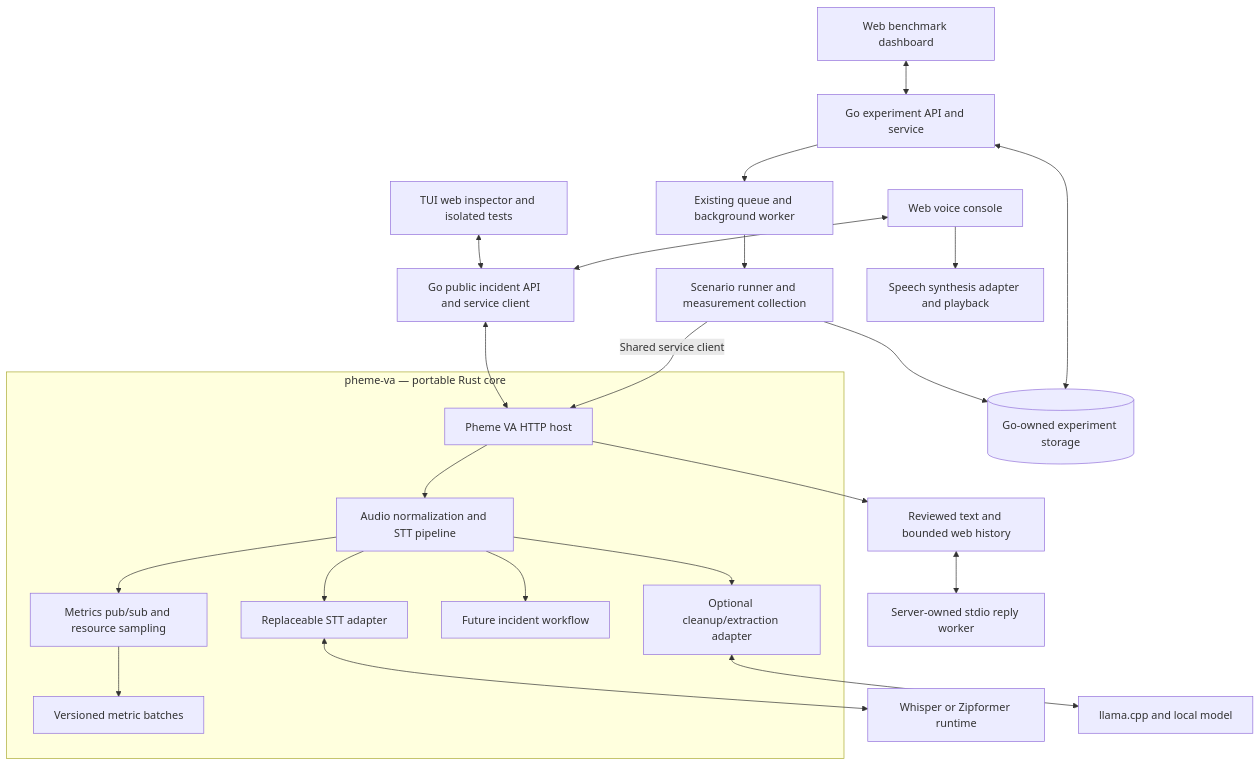
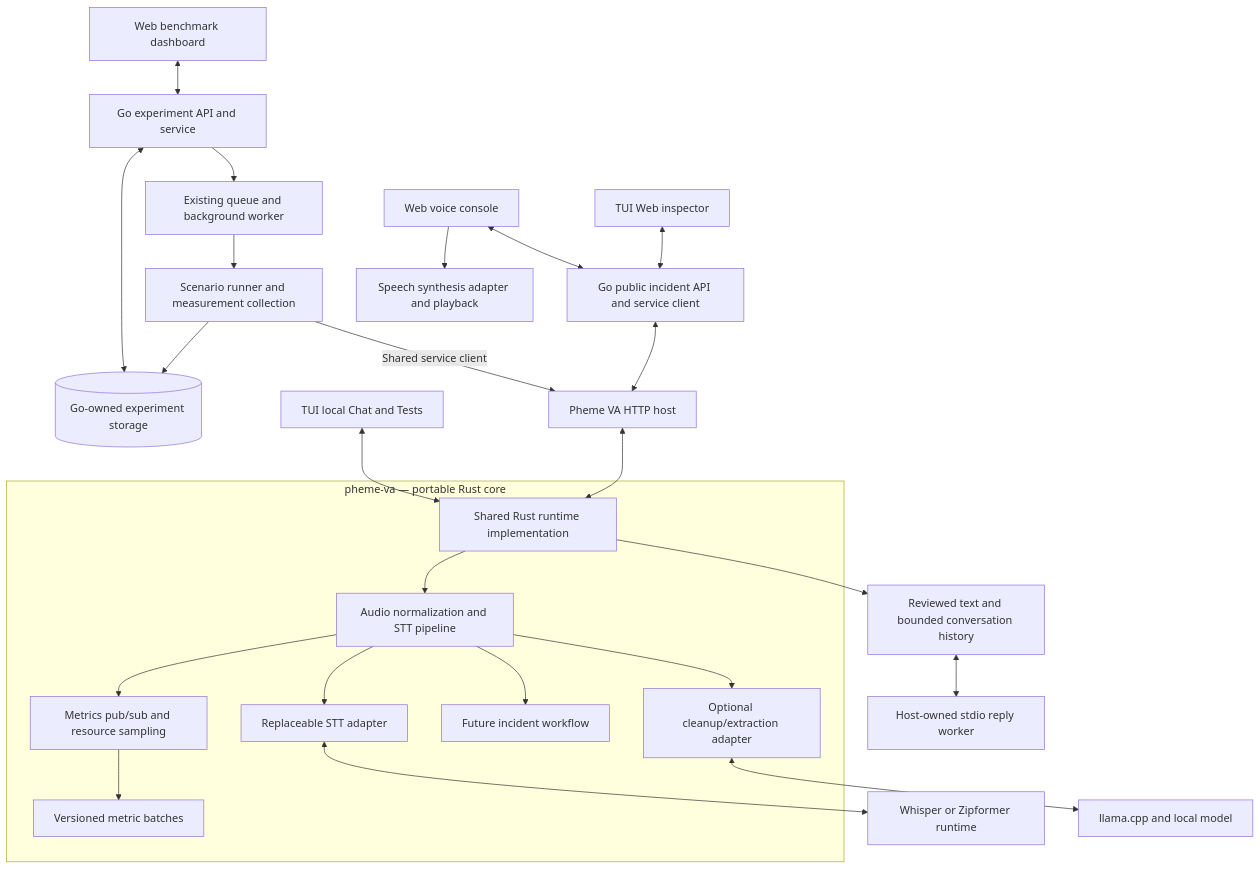
One commit to CharlieQuirkFYP/agentic-lab changed the first of 2 diagrams in docs/architecture.md. Above: the diagram before and after it, drawn with Mermaid. The commit also changed other lines of this file and 9 other files, not shown here.

Commit message:
docs: document local chat runtime and conversation telemetry

````diff
--- a/docs/architecture.md
+++ b/docs/architecture.md
@@ -39,25 +40,27 @@
 ```mermaid
 flowchart TD
     Client[Web voice console] <--> Go[Go public incident API and service client]
     Dashboard[Web benchmark dashboard] <--> Experiments[Go experiment API and service]
     Experiments <--> Results[(Go-owned experiment storage)]
     Experiments --> Queue[Existing queue and background worker]
     Queue --> Runner[Scenario runner and measurement collection]
     Runner -->|Shared service client| AgentAPI
     Go <--> AgentAPI[Pheme VA HTTP host]
-    Inspector[TUI web inspector and isolated tests] <--> Go
-    AgentAPI --> Reply[Reviewed text and bounded web history]
-    Reply <--> ReplyWorker[Server-owned stdio reply worker]
+    Inspector[TUI Web inspector] <--> Go
+    TUI[TUI local Chat and Tests] <--> Runtime[Shared Rust runtime implementation]
+    AgentAPI <--> Runtime
+    Runtime --> Reply[Reviewed text and bounded conversation history]
+    Reply <--> ReplyWorker[Host-owned stdio reply worker]
     subgraph RustAgent[pheme-va — portable Rust core]
-        AgentAPI --> Core[Audio normalization and STT pipeline]
+        Runtime --> Core[Audio normalization and STT pipeline]
         Core --> STTAdapter[Replaceable STT adapter]
         Core --> LLMAdapter[Optional cleanup/extraction adapter]
         Core --> Draft[Future incident workflow]
         Core --> Metrics[Metrics pub/sub and resource sampling]
         Metrics --> Batch[Versioned metric batches]
     end
     STTAdapter <--> Whisper[Whisper or Zipformer runtime]
     LLMAdapter <--> LLM[llama.cpp and local model]
     Client --> TTS[Speech synthesis adapter and playback]
     Runner --> Results
 ```
````
